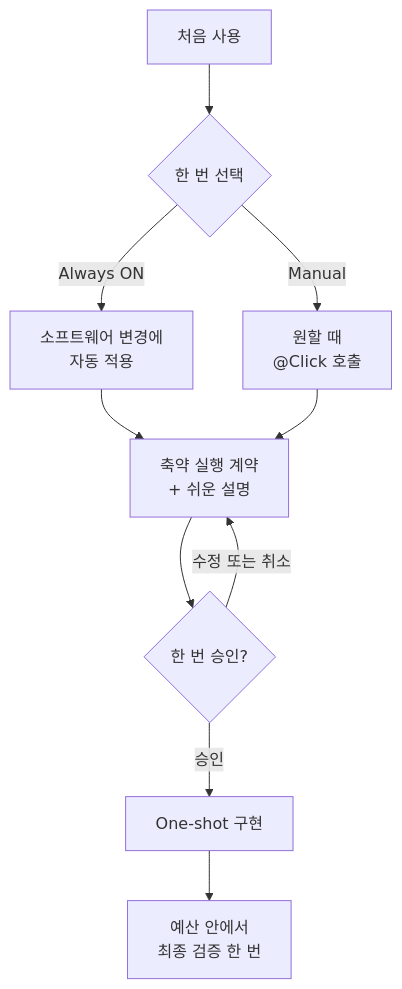
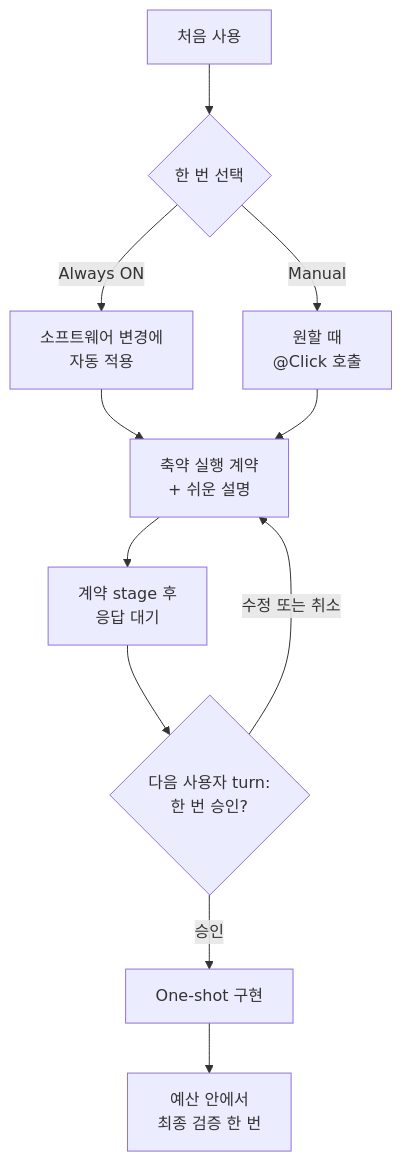
Before and after one commit to grapefruit0205/build-brief: the diagram in README.ko.md, drawn with Mermaid. The commit also changed other lines of this file and 20 other files, not shown here.

````diff
--- a/README.ko.md
+++ b/README.ko.md
@@ -57,12 +57,13 @@
 ```mermaid
 flowchart TB
     A["처음 사용"] --> B{"한 번 선택"}
     B -->|Always ON| C["소프트웨어 변경에<br/>자동 적용"]
     B -->|Manual| D["원할 때<br/>@Click 호출"]
     C --> E["축약 실행 계약<br/>+ 쉬운 설명"]
     D --> E
-    E --> F{"한 번 승인?"}
-    F -->|수정 또는 취소| E
-    F -->|승인| G["One-shot 구현"]
+    E --> F["계약 stage 후<br/>응답 대기"]
+    F --> I{"다음 사용자 turn:<br/>한 번 승인?"}
+    I -->|수정 또는 취소| E
+    I -->|승인| G["One-shot 구현"]
     G --> H["예산 안에서<br/>최종 검증 한 번"]
 ```
````
